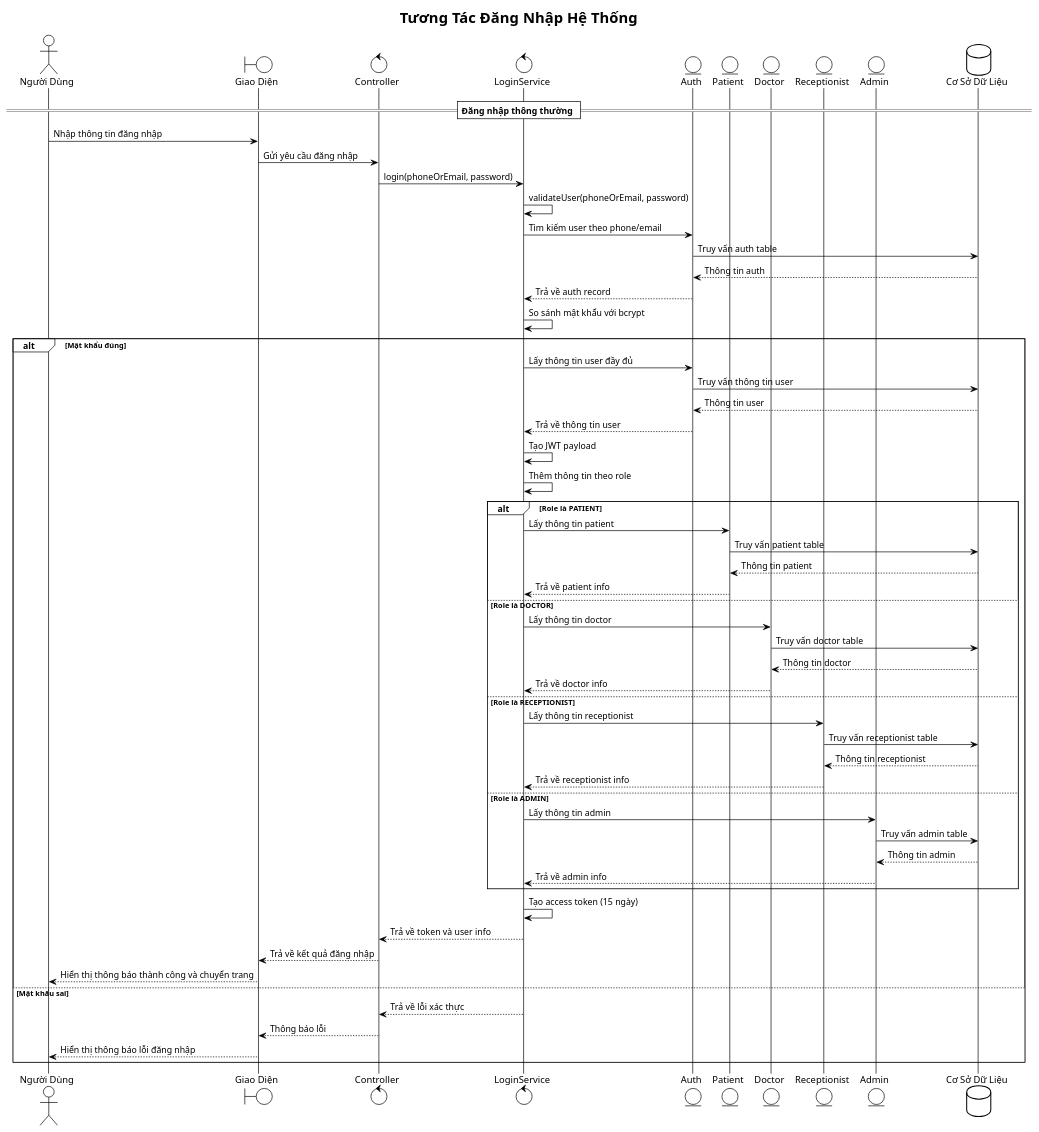
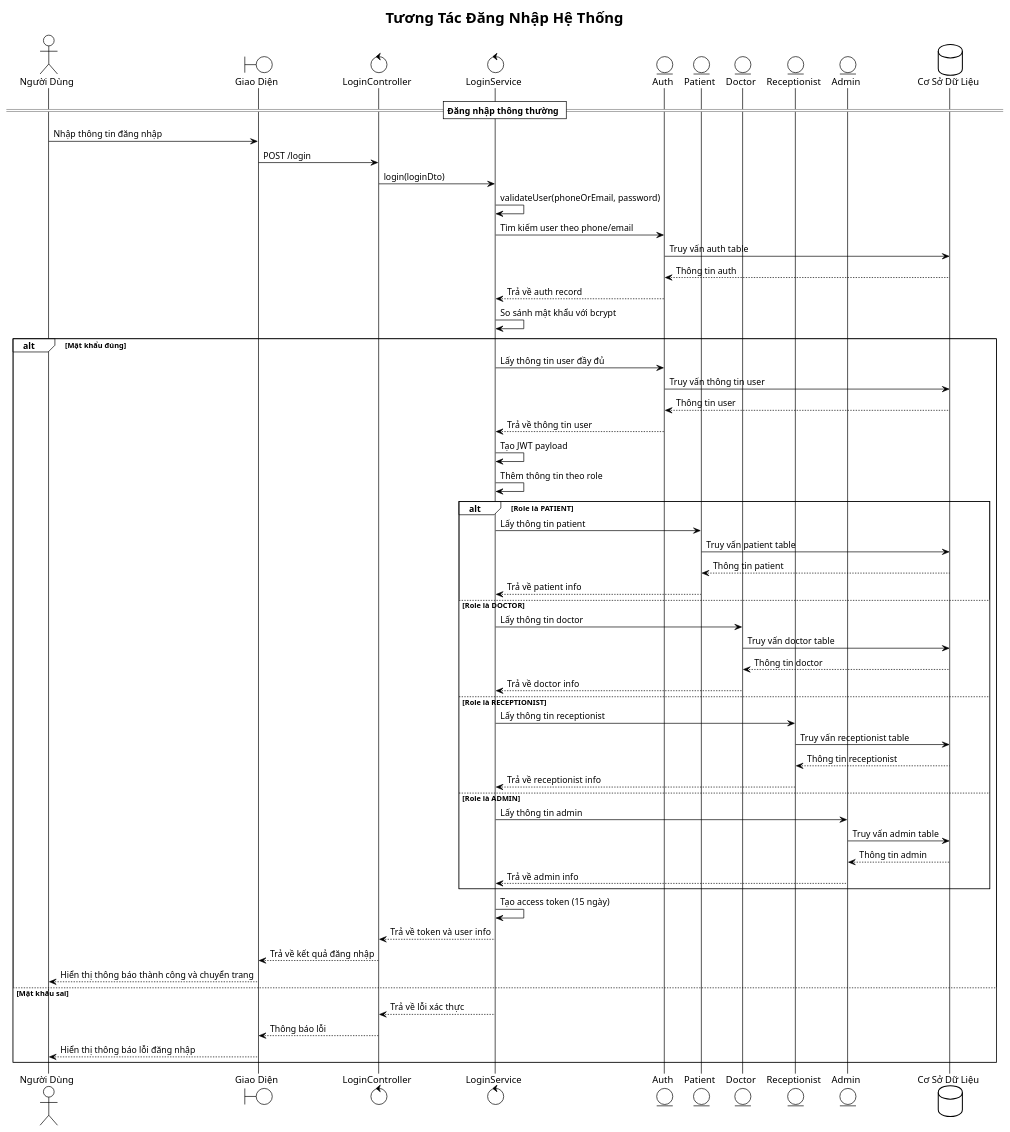
One commit to iamKhang/revita-be changed the diagram in docs/login-sequence.puml. Above: the diagram before and after it, drawn with PlantUML. The commit also changed 7 other files, not shown here.

Commit message:
Update sequence diagram

```diff
--- a/docs/login-sequence.puml
+++ b/docs/login-sequence.puml
@@ -1,75 +1,75 @@
 @startuml Login Sequence Diagram
 !theme plain
 title Tương Tác Đăng Nhập Hệ Thống
 
 actor "Người Dùng" as U
 boundary "Giao Diện" as F
-control "Controller" as C
+control "LoginController" as C
 control "LoginService" as L
 entity "Auth" as A
 entity "Patient" as P
 entity "Doctor" as D
 entity "Receptionist" as R
 entity "Admin" as AD
 database "Cơ Sở Dữ Liệu" as DB
 
 == Đăng nhập thông thường ==
 
 U -> F: Nhập thông tin đăng nhập
-F -> C: Gửi yêu cầu đăng nhập
-C -> L: login(phoneOrEmail, password)
+F -> C: POST /login
+C -> L: login(loginDto)
 L -> L: validateUser(phoneOrEmail, password)
 L -> A: Tìm kiếm user theo phone/email
 A -> DB: Truy vấn auth table
 DB --> A: Thông tin auth
 A --> L: Trả về auth record
 
 L -> L: So sánh mật khẩu với bcrypt
 alt Mật khẩu đúng
   L -> A: Lấy thông tin user đầy đủ
   A -> DB: Truy vấn thông tin user
   DB --> A: Thông tin user
   A --> L: Trả về thông tin user
   
   L -> L: Tạo JWT payload
   L -> L: Thêm thông tin theo role
   
   alt Role là PATIENT
     L -> P: Lấy thông tin patient
     P -> DB: Truy vấn patient table
     DB --> P: Thông tin patient
     P --> L: Trả về patient info
     
   else Role là DOCTOR
     L -> D: Lấy thông tin doctor
     D -> DB: Truy vấn doctor table
     DB --> D: Thông tin doctor
     D --> L: Trả về doctor info
     
   else Role là RECEPTIONIST
     L -> R: Lấy thông tin receptionist
     R -> DB: Truy vấn receptionist table
     DB --> R: Thông tin receptionist
     R --> L: Trả về receptionist info
     
   else Role là ADMIN
     L -> AD: Lấy thông tin admin
     AD -> DB: Truy vấn admin table
     DB --> AD: Thông tin admin
     AD --> L: Trả về admin info
   end
   
   L -> L: Tạo access token (15 ngày)
   L --> C: Trả về token và user info
   C --> F: Trả về kết quả đăng nhập
   F --> U: Hiển thị thông báo thành công và chuyển trang
   
 else Mật khẩu sai
   L --> C: Trả về lỗi xác thực
   C --> F: Thông báo lỗi
   F --> U: Hiển thị thông báo lỗi đăng nhập
 end
 
 
 
 @enduml
```
